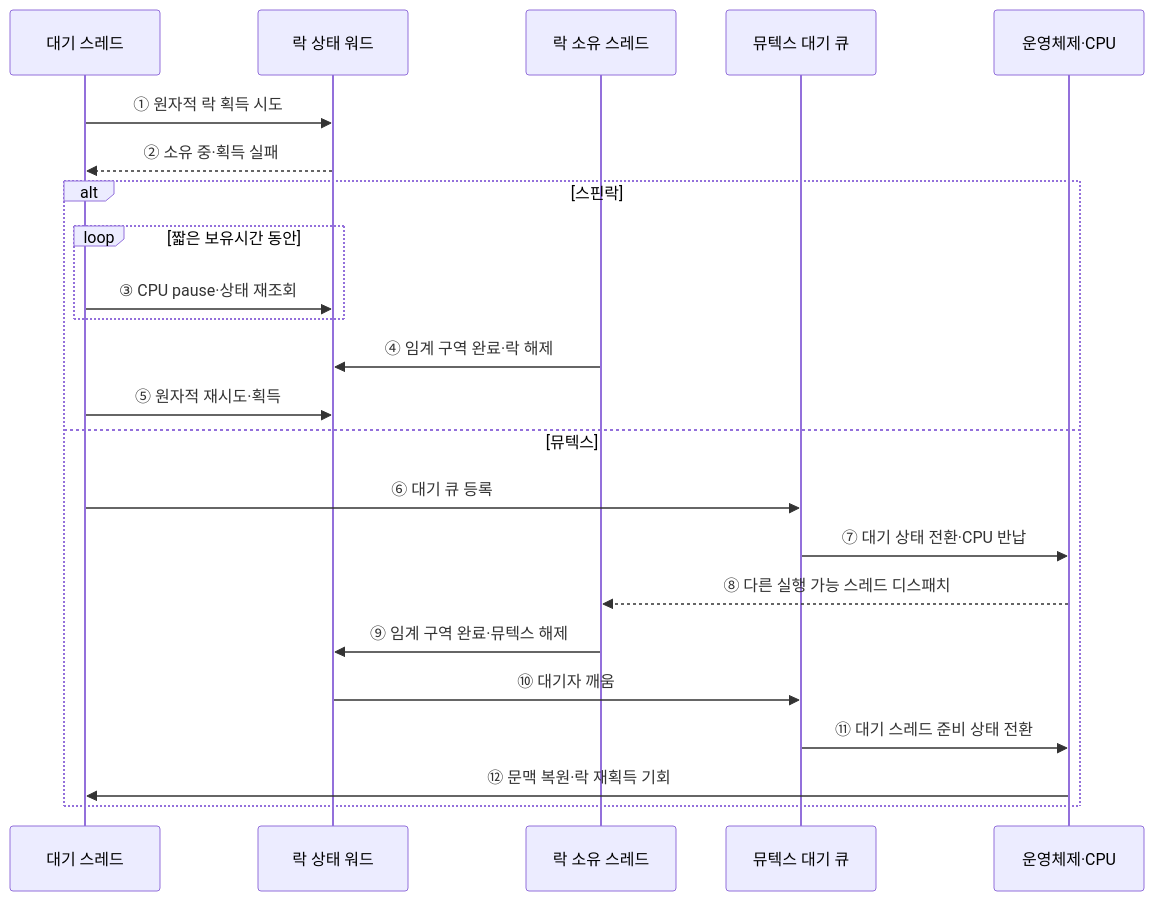
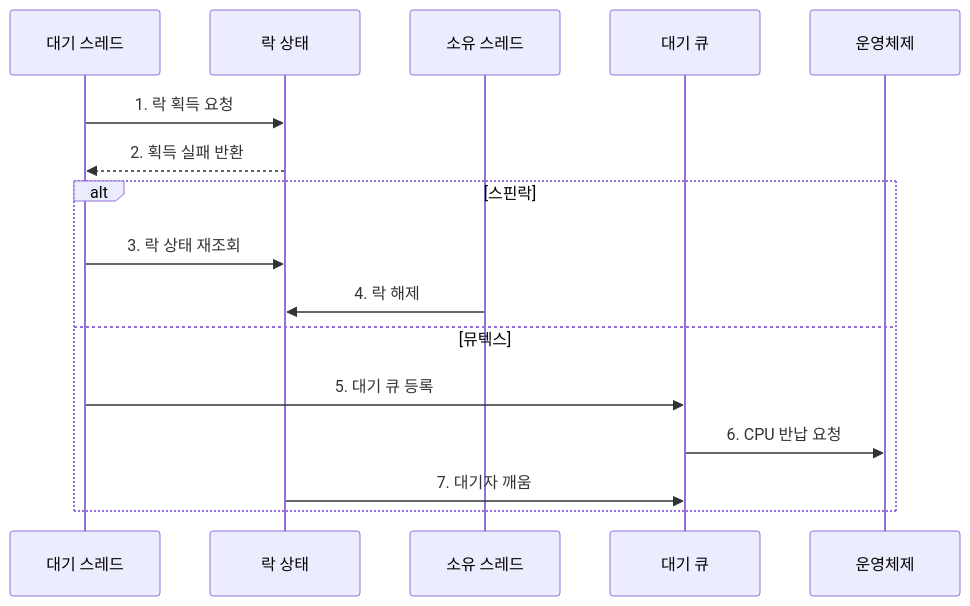
Before and after one commit to agnusdei1207/knowledge-base: the second of 2 diagrams in src/content/docs/notes/03-software/013_spinlock_vs_mutex.md, drawn with Mermaid. The commit also changed other lines of this file and 20 other files, not shown here.

````diff
--- a/src/content/docs/notes/03-software/013_spinlock_vs_mutex.md
+++ b/src/content/docs/notes/03-software/013_spinlock_vs_mutex.md
@@ -93,26 +92,18 @@
 ```mermaid
 sequenceDiagram
     participant W as 대기 스레드
-    participant L as 락 상태 워드
-    participant O as 락 소유 스레드
-    participant Q as 뮤텍스 대기 큐
-    participant C as 운영체제·CPU
-
-    W->>L: ① 원자적 락 획득 시도
-    L-->>W: ② 소유 중·획득 실패
+    participant L as 락 상태
+    participant O as 소유 스레드
+    participant Q as 대기 큐
+    participant C as 운영체제
+    W->>L: 1. 락 획득 요청
+    L-->>W: 2. 획득 실패 반환
     alt 스핀락
-        loop 짧은 보유시간 동안
-            W->>L: ③ CPU pause·상태 재조회
-        end
-        O->>L: ④ 임계 구역 완료·락 해제
-        W->>L: ⑤ 원자적 재시도·획득
+        W->>L: 3. 락 상태 재조회
+        O->>L: 4. 락 해제
     else 뮤텍스
-        W->>Q: ⑥ 대기 큐 등록
-        Q->>C: ⑦ 대기 상태 전환·CPU 반납
-        C-->>O: ⑧ 다른 실행 가능 스레드 디스패치
-        O->>L: ⑨ 임계 구역 완료·뮤텍스 해제
-        L->>Q: ⑩ 대기자 깨움
-        Q->>C: ⑪ 대기 스레드 준비 상태 전환
-        C->>W: ⑫ 문맥 복원·락 재획득 기회
+        W->>Q: 5. 대기 큐 등록
+        Q->>C: 6. CPU 반납 요청
+        L->>Q: 7. 대기자 깨움
     end
 ```
````
